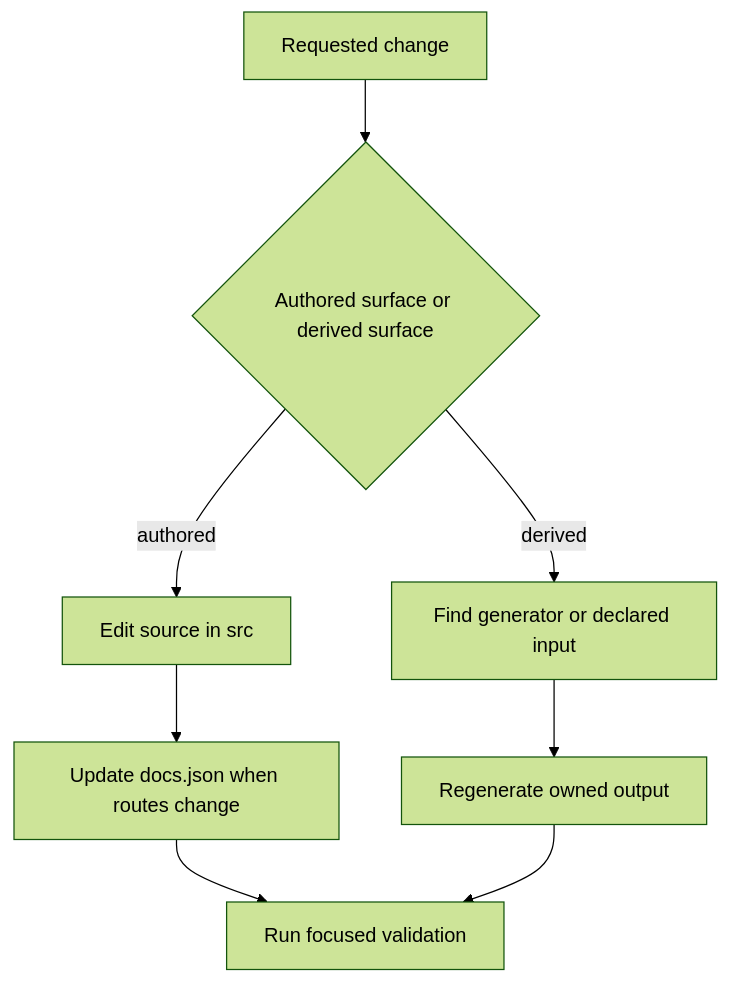
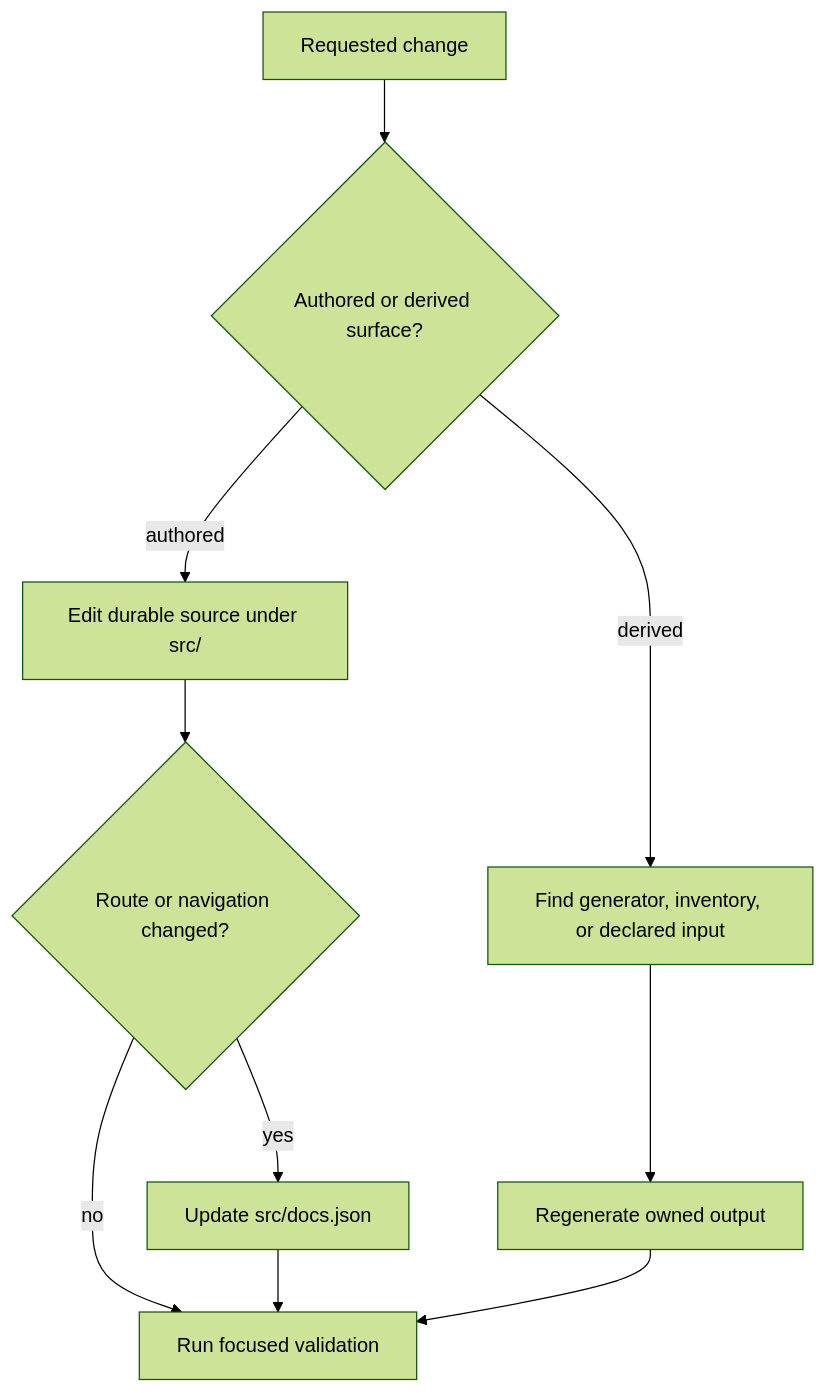
Before and after one commit to langchain-ai/docs: the diagram in openwiki/quickstart.md, drawn with Mermaid (forest theme). The commit also changed other lines of this file and 29 other files, not shown here.

````diff
--- a/openwiki/quickstart.md
+++ b/openwiki/quickstart.md
@@ -61,10 +65,12 @@
 ```mermaid
 flowchart TD
-  Request["Requested change"] --> Kind{"Authored surface or derived surface"}
-  Kind -->|"authored"| Source["Edit source in src"]
-  Kind -->|"derived"| Owner["Find generator or declared input"]
-  Source --> Config["Update docs.json when routes change"]
+  Request["Requested change"] --> Surface{"Authored or derived surface?"}
+  Surface -->|"authored"| Source["Edit durable source under src/"]
+  Surface -->|"derived"| Owner["Find generator, inventory, or declared input"]
+  Source --> Navigation{"Route or navigation changed?"}
+  Navigation -->|"yes"| DocsJson["Update src/docs.json"]
+  Navigation -->|"no"| Check["Run focused validation"]
+  DocsJson --> Check
   Owner --> Regenerate["Regenerate owned output"]
-  Config --> Validate["Run focused validation"]
-  Regenerate --> Validate
+  Regenerate --> Check
 ```
````
